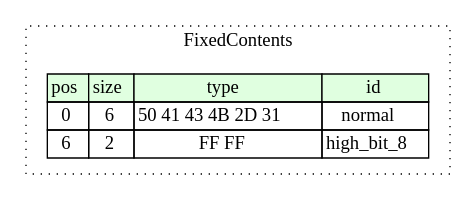
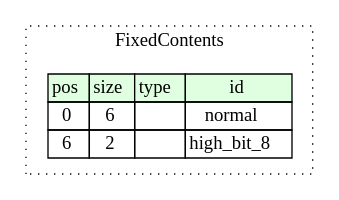
Before and after one commit to kaitai-io/ci_targets: the diagram in compiled/graphviz/fixed_contents.dot, drawn with Graphviz. The commit also changed 59 other files, not shown here.

```diff
--- a/compiled/graphviz/fixed_contents.dot
+++ b/compiled/graphviz/fixed_contents.dot
@@ -1,14 +1,14 @@
 digraph {
 	rankdir=LR;
 	node [shape=plaintext];
 	subgraph cluster__fixed_contents {
 		label="FixedContents";
 		graph[style=dotted];
 
 		fixed_contents__seq [label=<<TABLE BORDER="0" CELLBORDER="1" CELLSPACING="0">
 			<TR><TD BGCOLOR="#E0FFE0">pos</TD><TD BGCOLOR="#E0FFE0">size</TD><TD BGCOLOR="#E0FFE0">type</TD><TD BGCOLOR="#E0FFE0">id</TD></TR>
-			<TR><TD PORT="normal_pos">0</TD><TD PORT="normal_size">6</TD><TD>50 41 43 4B 2D 31</TD><TD PORT="normal_type">normal</TD></TR>
-			<TR><TD PORT="high_bit_8_pos">6</TD><TD PORT="high_bit_8_size">2</TD><TD>FF FF</TD><TD PORT="high_bit_8_type">high_bit_8</TD></TR>
+			<TR><TD PORT="normal_pos">0</TD><TD PORT="normal_size">6</TD><TD></TD><TD PORT="normal_type">normal</TD></TR>
+			<TR><TD PORT="high_bit_8_pos">6</TD><TD PORT="high_bit_8_size">2</TD><TD></TD><TD PORT="high_bit_8_type">high_bit_8</TD></TR>
 		</TABLE>>];
 	}
 }
```
